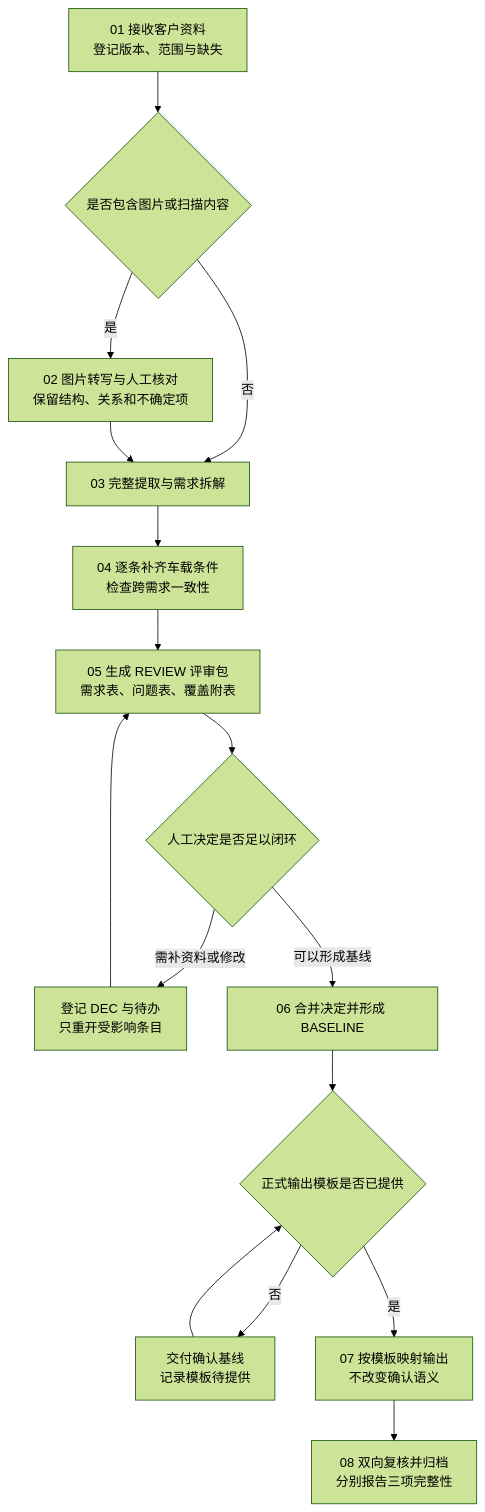
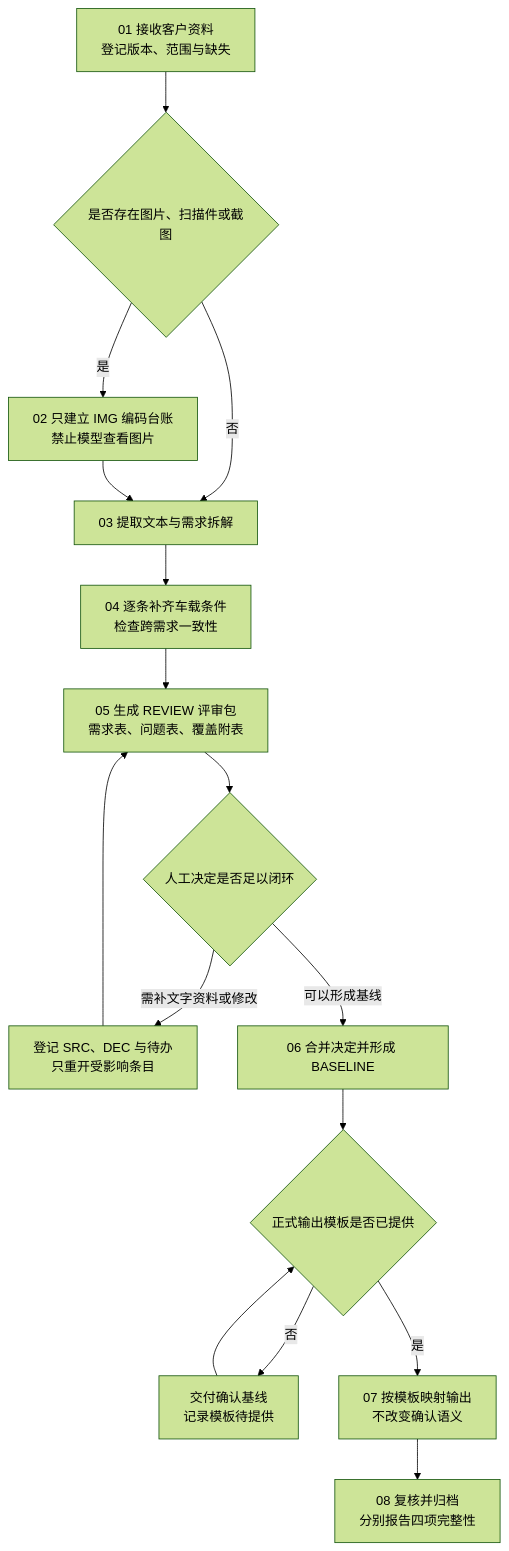
Before and after one commit to byxhouhou/requirements-lifecycle-platform: the diagram in .agents/skills/cockpit-requirements-analysis/SOP.md, drawn with Mermaid (forest theme). The commit also changed other lines of this file and 24 other files, not shown here.

````diff
--- a/.agents/skills/cockpit-requirements-analysis/SOP.md
+++ b/.agents/skills/cockpit-requirements-analysis/SOP.md
@@ -30,18 +36,18 @@
 ```mermaid
 flowchart TD
-    A[01 接收客户资料<br/>登记版本、范围与缺失] --> B{是否包含图片或扫描内容}
-    B -- 是 --> C[02 图片转写与人工核对<br/>保留结构、关系和不确定项]
-    B -- 否 --> D[03 完整提取与需求拆解]
+    A[01 接收客户资料<br/>登记版本、范围与缺失] --> B{是否存在图片、扫描件或截图}
+    B -- 是 --> C[02 只建立 IMG 编码台账<br/>禁止模型查看图片]
+    B -- 否 --> D[03 提取文本与需求拆解]
     C --> D
     D --> E[04 逐条补齐车载条件<br/>检查跨需求一致性]
     E --> F[05 生成 REVIEW 评审包<br/>需求表、问题表、覆盖附表]
     F --> G{人工决定是否足以闭环}
-    G -- 需补资料或修改 --> H[登记 DEC 与待办<br/>只重开受影响条目]
+    G -- 需补文字资料或修改 --> H[登记 SRC、DEC 与待办<br/>只重开受影响条目]
     H --> F
     G -- 可以形成基线 --> I[06 合并决定并形成 BASELINE]
     I --> J{正式输出模板是否已提供}
     J -- 否 --> K[交付确认基线<br/>记录模板待提供]
     K --> J
     J -- 是 --> L[07 按模板映射输出<br/>不改变确认语义]
-    L --> M[08 双向复核并归档<br/>分别报告三项完整性]
+    L --> M[08 复核并归档<br/>分别报告四项完整性]
 ```
````
